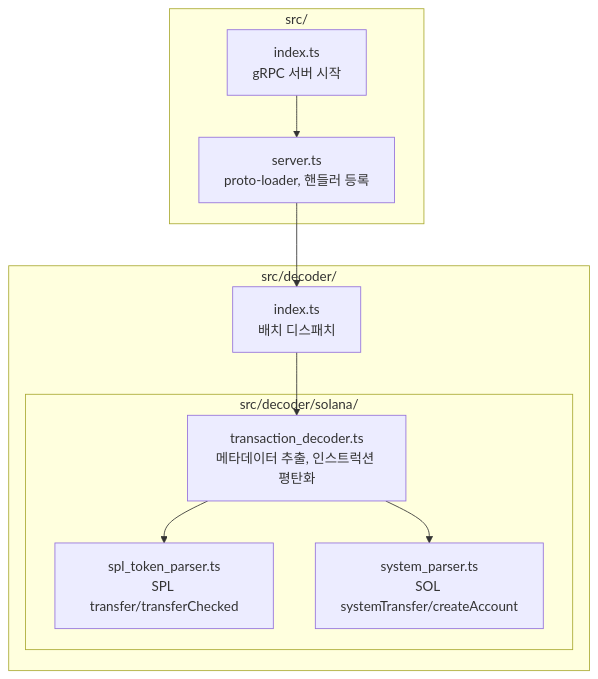
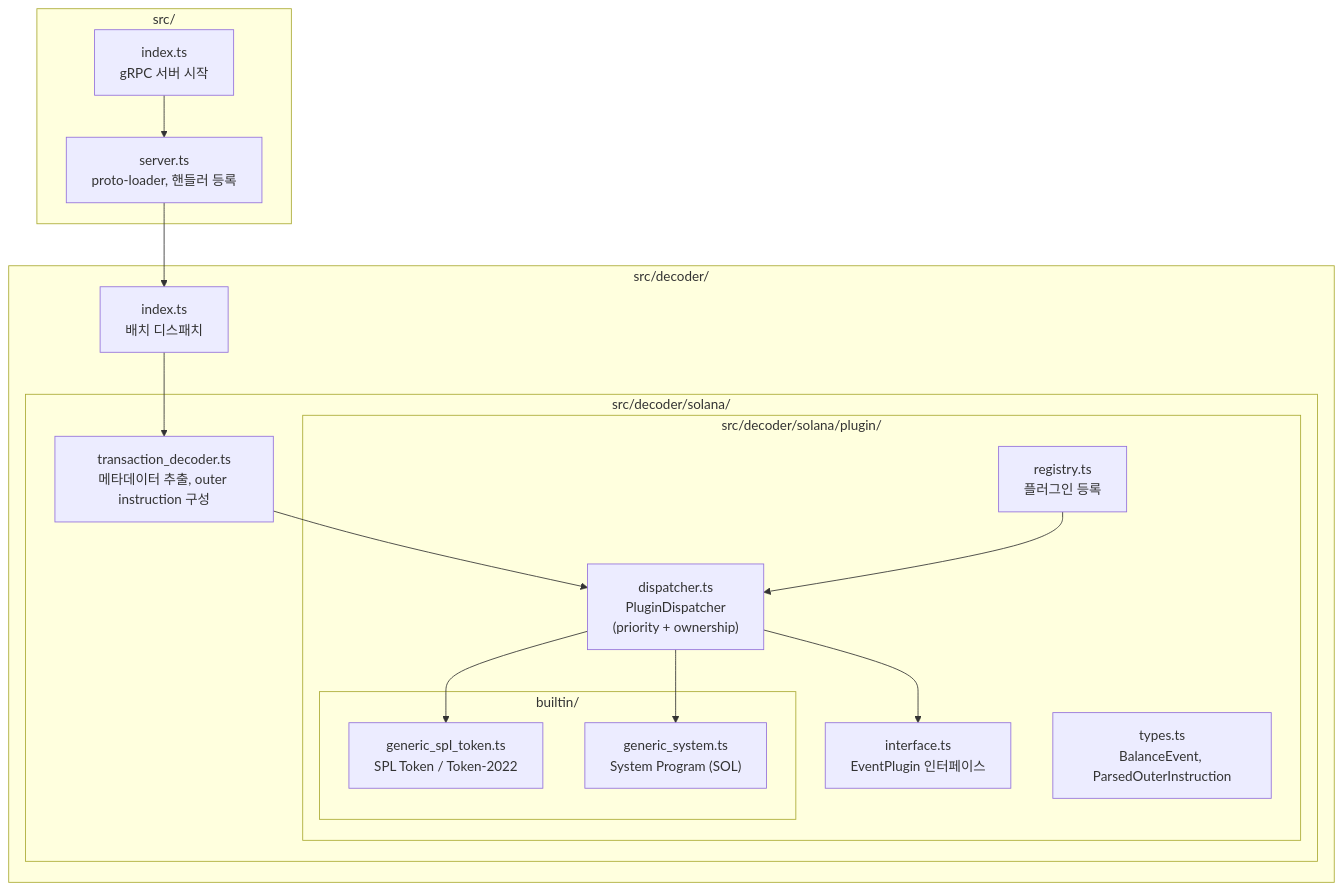
One commit to emperorhan/multichain-indexer changed the fourth of 8 diagrams in docs/architecture.md. Above: the diagram before and after it, drawn with Mermaid. The commit also changed other lines of this file and 41 other files, not shown here.

First line of the commit message:
Implement plugin-based balance event architecture

````diff
--- a/docs/architecture.md
+++ b/docs/architecture.md
@@ -150,23 +150,36 @@
 ```mermaid
 graph TB
     subgraph "src/"
         index["index.ts<br/>gRPC 서버 시작"]
         server["server.ts<br/>proto-loader, 핸들러 등록"]
     end
 
     subgraph "src/decoder/"
         decoder_idx["index.ts<br/>배치 디스패치"]
 
         subgraph "src/decoder/solana/"
-            tx_decoder["transaction_decoder.ts<br/>메타데이터 추출, 인스트럭션 평탄화"]
-            spl_parser["spl_token_parser.ts<br/>SPL transfer/transferChecked"]
-            sys_parser["system_parser.ts<br/>SOL systemTransfer/createAccount"]
+            tx_decoder["transaction_decoder.ts<br/>메타데이터 추출, outer instruction 구성"]
+
+            subgraph "src/decoder/solana/plugin/"
+                plugin_if["interface.ts<br/>EventPlugin 인터페이스"]
+                dispatcher["dispatcher.ts<br/>PluginDispatcher<br/>(priority + ownership)"]
+                registry["registry.ts<br/>플러그인 등록"]
+                types["types.ts<br/>BalanceEvent, ParsedOuterInstruction"]
+
+                subgraph "builtin/"
+                    spl_plugin["generic_spl_token.ts<br/>SPL Token / Token-2022"]
+                    sys_plugin["generic_system.ts<br/>System Program (SOL)"]
+                end
+            end
         end
     end
 
     index --> server
     server --> decoder_idx
     decoder_idx --> tx_decoder
-    tx_decoder --> spl_parser
-    tx_decoder --> sys_parser
+    tx_decoder --> dispatcher
+    dispatcher --> plugin_if
+    dispatcher --> spl_plugin
+    dispatcher --> sys_plugin
+    registry --> dispatcher
 ```
````
